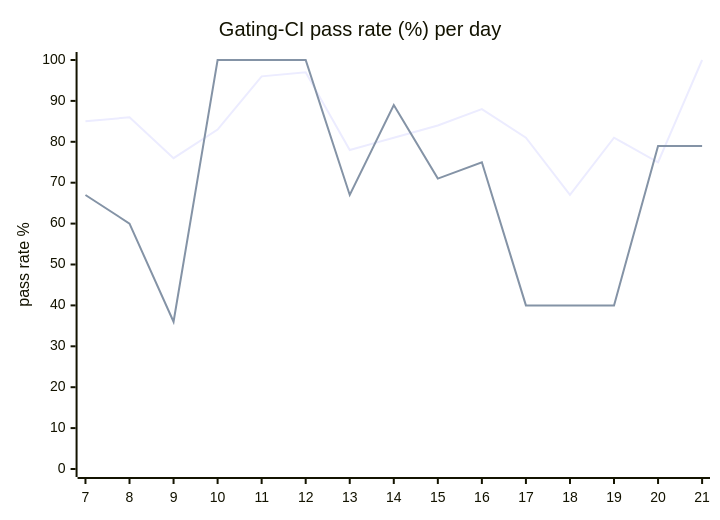
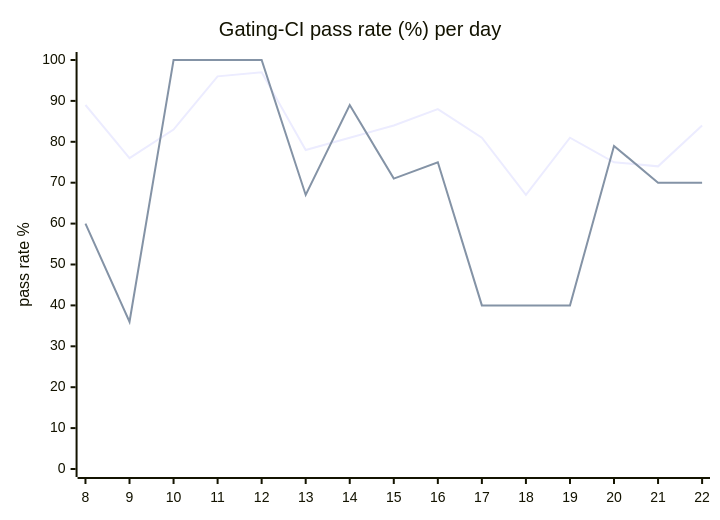
One commit to hatchet-dev/hatchet changed the diagram in hack/ci/ci-dashboard/staging/issue.md. Above: the diagram before and after it, drawn with Mermaid. The commit also changed other lines of this file, not shown here.

````diff
--- a/hack/ci/ci-dashboard/staging/issue.md
+++ b/hack/ci/ci-dashboard/staging/issue.md
@@ -9,8 +9,8 @@
 ```mermaid
 xychart-beta
   title "Gating-CI pass rate (%) per day"
-  x-axis [7, 8, 9, 10, 11, 12, 13, 14, 15, 16, 17, 18, 19, 20, 21]
+  x-axis [8, 9, 10, 11, 12, 13, 14, 15, 16, 17, 18, 19, 20, 21, 22]
   y-axis "pass rate %" 0 --> 100
-  line "CI" [85, 86, 76, 83, 96, 97, 78, 81, 84, 88, 81, 67, 81, 75, 100]
-  line "main" [67, 60, 36, 100, 100, 100, 67, 89, 71, 75, 40, 40, 40, 79, 79]
+  line "CI" [89, 76, 83, 96, 97, 78, 81, 84, 88, 81, 67, 81, 75, 74, 84]
+  line "main" [60, 36, 100, 100, 100, 67, 89, 71, 75, 40, 40, 40, 79, 70, 70]
 ```
````
